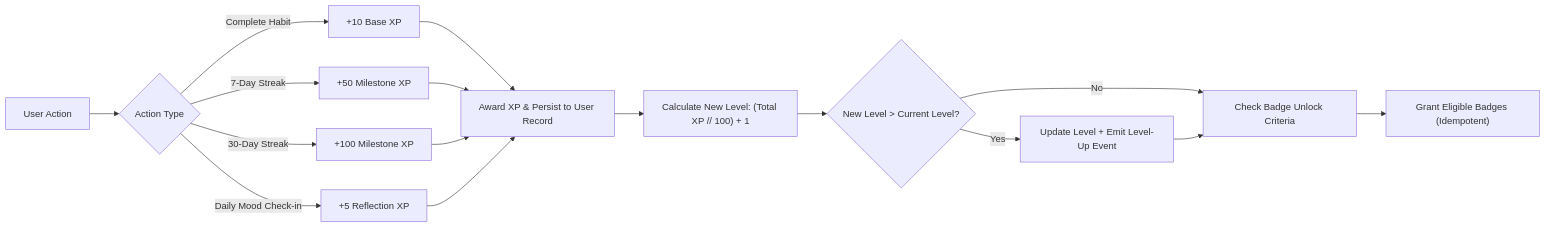
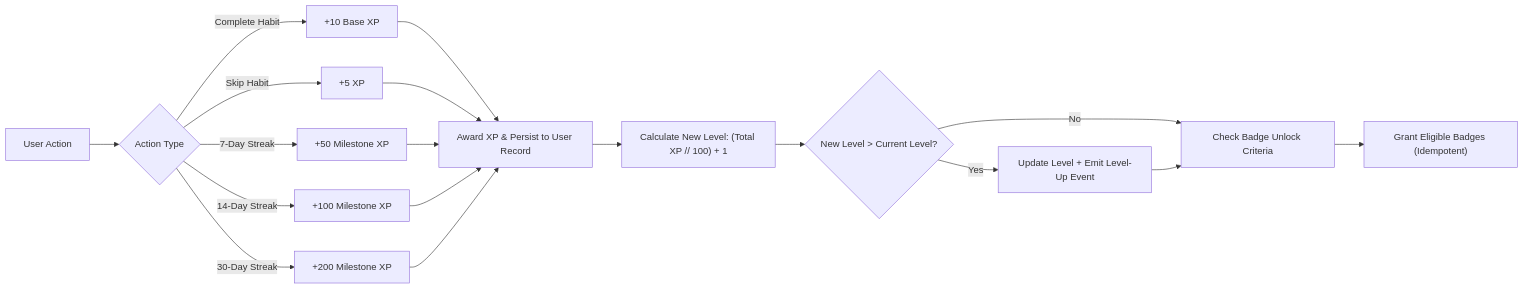
The fifth of 10 diagrams in README.md (KerberoSec/Sanyam_Hackathon_2nd_Rank), drawn with Mermaid before and after one commit. The commit also changed other lines of this file and 33 other files, not shown here.

````diff
--- a/README.md
+++ b/README.md
@@ -292,22 +290,24 @@
 ```mermaid
 flowchart LR
     Action["User Action"] --> CheckAction{Action Type}
     
     CheckAction -- "Complete Habit" --> XP1["+10 Base XP"]
+    CheckAction -- "Skip Habit" --> XPSkip["+5 XP"]
     CheckAction -- "7-Day Streak" --> XP2["+50 Milestone XP"]
-    CheckAction -- "30-Day Streak" --> XP3["+100 Milestone XP"]
-    CheckAction -- "Daily Mood Check-in" --> XP4["+5 Reflection XP"]
+    CheckAction -- "14-Day Streak" --> XP3["+100 Milestone XP"]
+    CheckAction -- "30-Day Streak" --> XP4["+200 Milestone XP"]
     
     XP1 --> AwardXP["Award XP & Persist to User Record"]
+    XPSkip --> AwardXP
     XP2 --> AwardXP
     XP3 --> AwardXP
     XP4 --> AwardXP
     
     AwardXP --> CalcLevel["Calculate New Level: (Total XP // 100) + 1"]
     CalcLevel --> CheckLevelUp{"New Level > Current Level?"}
     CheckLevelUp -- Yes --> TriggerCelebration["Update Level + Emit Level-Up Event"]
     CheckLevelUp -- No --> CheckBadges["Check Badge Unlock Criteria"]
     TriggerCelebration --> CheckBadges
     
     CheckBadges --> UnlockEligible["Grant Eligible Badges (Idempotent)"]
 ```
````
